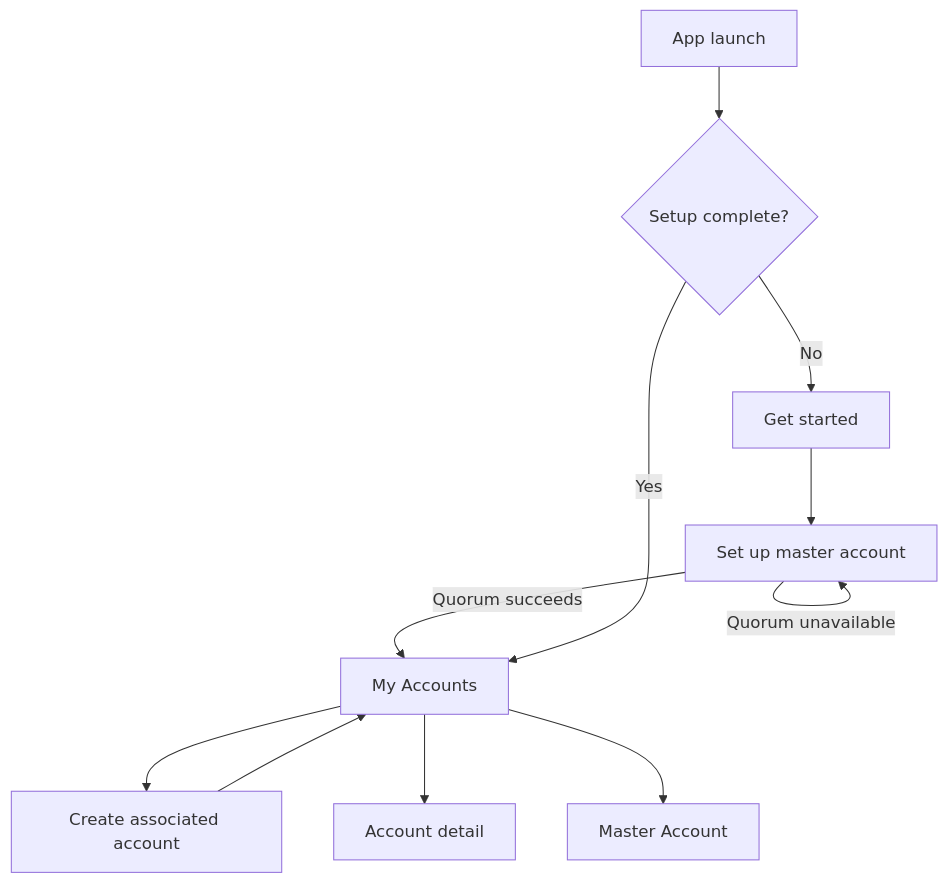
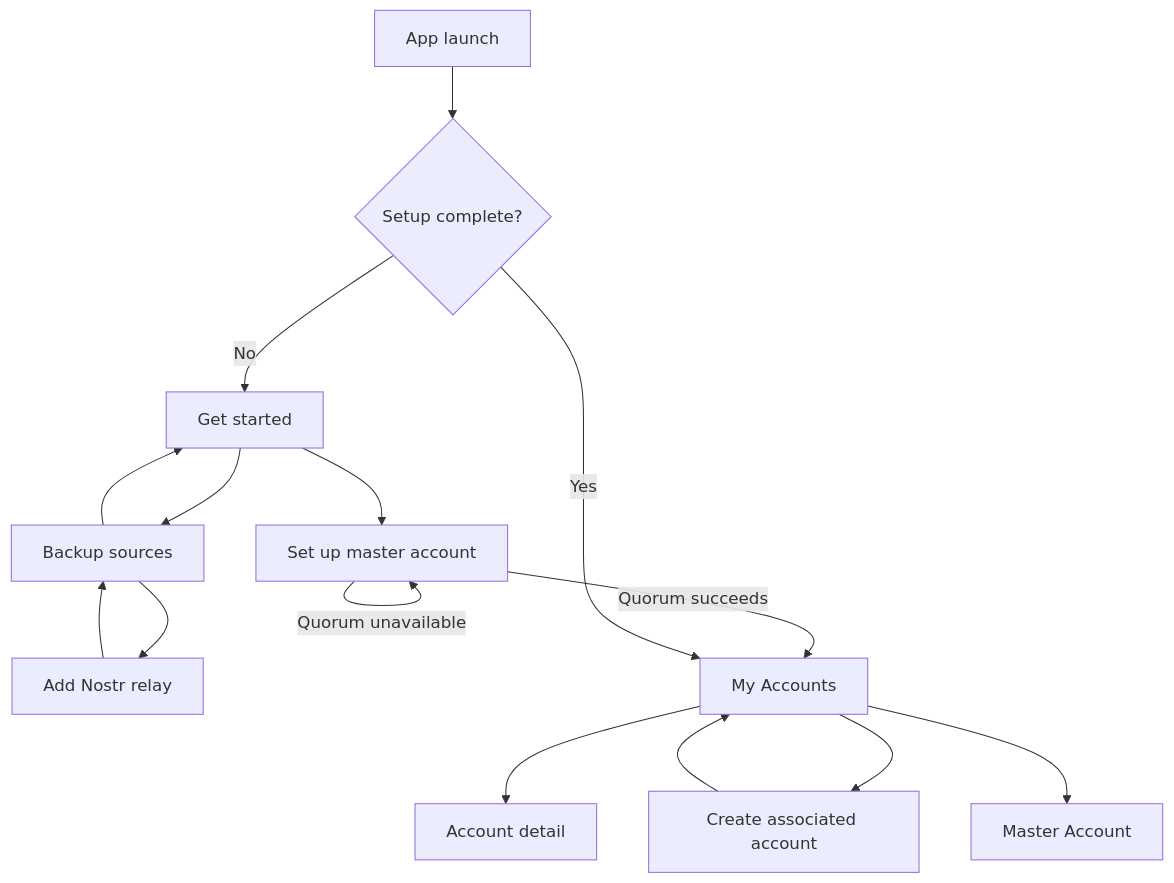
One commit to ZenTenApp/vault-kotlin changed the diagram in docs/stakeholder/screens-and-states.md. Above: the diagram before and after it, drawn with Mermaid. The commit also changed other lines of this file and 18 other files, not shown here.

Commit message:
feat(sources): add pre-setup backup source management

````diff
--- a/docs/stakeholder/screens-and-states.md
+++ b/docs/stakeholder/screens-and-states.md
@@ -18,13 +20,17 @@
 ```mermaid
 flowchart TD
     R[App launch] --> S{Setup complete?}
     S -- No --> G[Get started]
     G --> M[Set up master account]
+    G --> BS[Backup sources]
+    BS --> G
+    BS --> AN[Add Nostr relay]
+    AN --> BS
     M -- Quorum succeeds --> A[My Accounts]
     M -- Quorum unavailable --> M
     S -- Yes --> A
     A --> N[Create associated account]
     N --> A
     A --> D[Account detail]
     A --> MA[Master Account]
 ```
````
